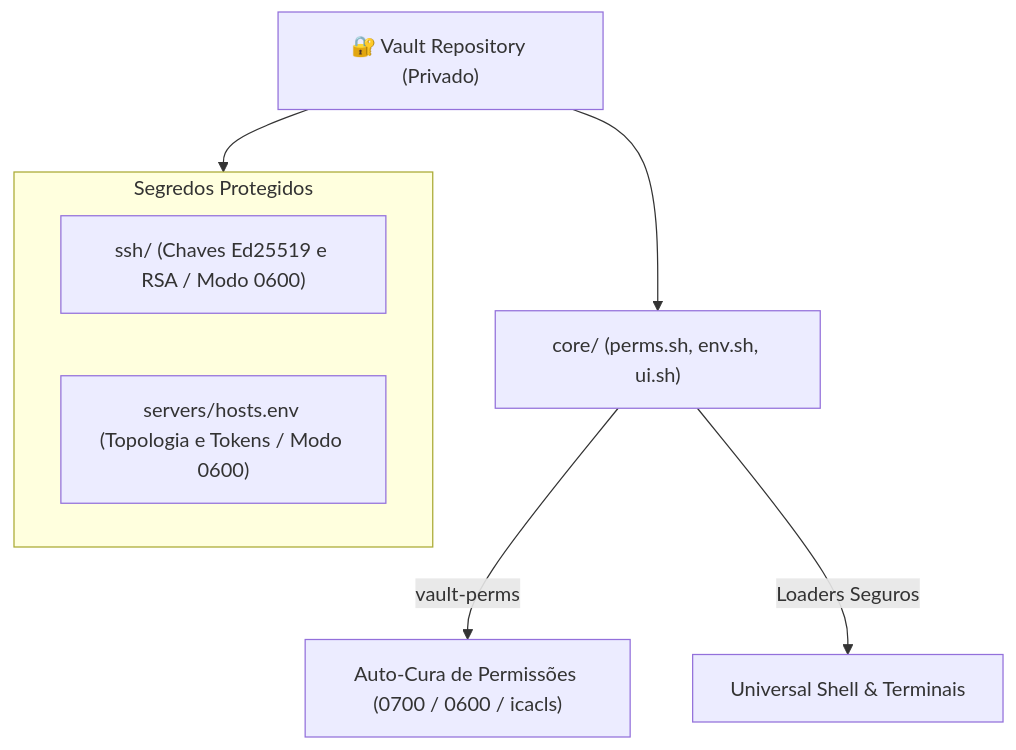
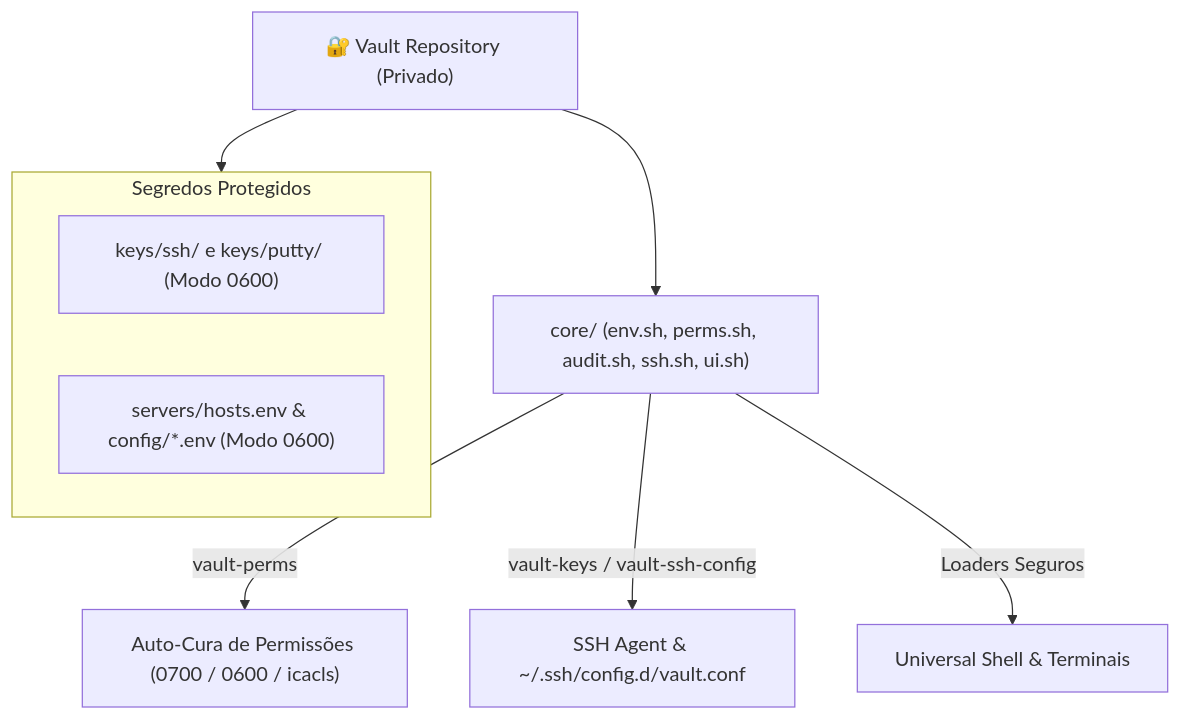
Before and after one commit to GabrielFrigo4/environment: the diagram in docs/quarteto/03-vault.md, drawn with Mermaid. The commit also changed other lines of this file and 12 other files, not shown here.

````diff
--- a/docs/quarteto/03-vault.md
+++ b/docs/quarteto/03-vault.md
@@ -21,16 +20,17 @@
 ```mermaid
 flowchart TD
     VAULT["🔐 Vault Repository (Privado)"]
-    CORE["core/ (perms.sh, env.sh, ui.sh)"]
+    CORE["core/ (env.sh, perms.sh, audit.sh, ssh.sh, ui.sh)"]
 
     subgraph SECRETS ["Segredos Protegidos"]
-        SSH["ssh/ (Chaves Ed25519 e RSA / Modo 0600)"]
-        ENV["servers/hosts.env (Topologia e Tokens / Modo 0600)"]
+        SSH["keys/ssh/ e keys/putty/ (Modo 0600)"]
+        ENV["servers/hosts.env & config/*.env (Modo 0600)"]
     end
 
     VAULT --> CORE
     VAULT --> SECRETS
 
     CORE -->|vault-perms| HARDEN["Auto-Cura de Permissões (0700 / 0600 / icacls)"]
+    CORE -->|vault-keys / vault-ssh-config| AGENT["SSH Agent & ~/.ssh/config.d/vault.conf"]
     CORE -->|Loaders Seguros| SHELL["Universal Shell & Terminais"]
 ```
````
